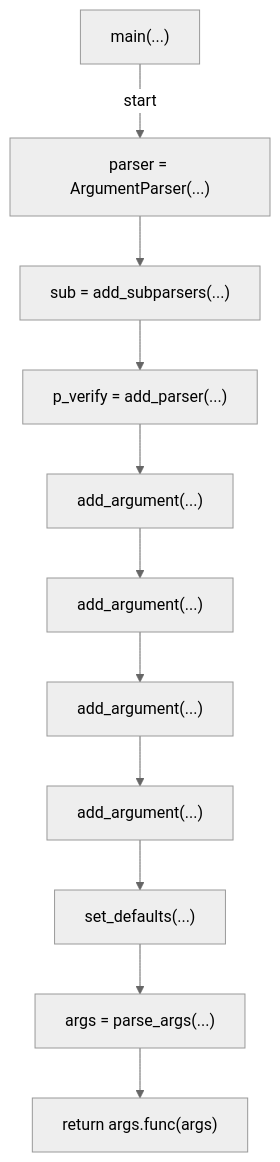
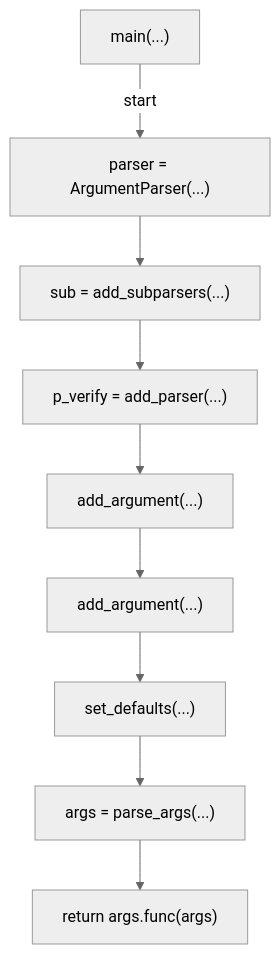
One commit to tvna/claude-md changed the sixth of 6 diagrams in docs/generated/scripts/ast/dependabot_labels.md. Above: the diagram before and after it, drawn with Mermaid (neutral theme). The commit also changed other lines of this file and 7 other files, not shown here.

First line of the commit message:
docs(generated): regenerate decision tree and workflow diagrams (#2503)

````diff
--- a/docs/generated/scripts/ast/dependabot_labels.md
+++ b/docs/generated/scripts/ast/dependabot_labels.md
@@ -160,24 +106,20 @@
 ```mermaid
 flowchart TD
     N001["main(...)"]
     N002["parser = ArgumentParser(...)"]
     N003["sub = add_subparsers(...)"]
     N004["p_verify = add_parser(...)"]
     N005["add_argument(...)"]
     N006["add_argument(...)"]
-    N007["add_argument(...)"]
-    N008["add_argument(...)"]
-    N009["set_defaults(...)"]
-    N010["args = parse_args(...)"]
-    N011["return args.func(args)"]
+    N007["set_defaults(...)"]
+    N008["args = parse_args(...)"]
+    N009["return args.func(args)"]
     N001 -->|"start"| N002
     N002 --> N003
     N003 --> N004
     N004 --> N005
     N005 --> N006
     N006 --> N007
     N007 --> N008
     N008 --> N009
-    N009 --> N010
-    N010 --> N011
 ```
````
